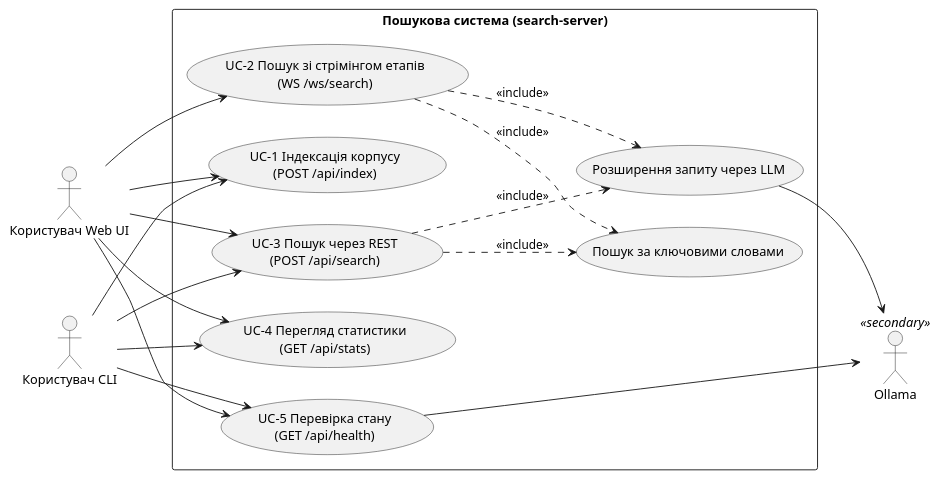
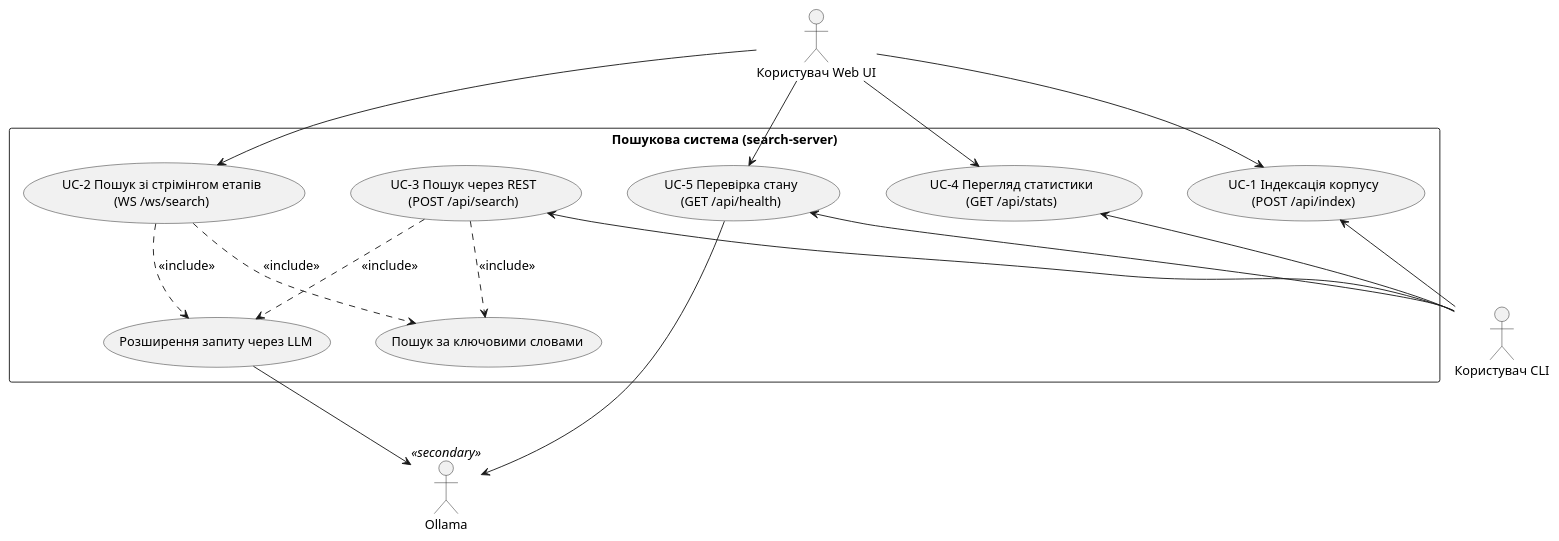
Before and after one commit to DariaMelnyk0206/course_work_parallel_computing: the diagram in docs/uml/use_case.puml, drawn with PlantUML. The commit also changed 18 other files, not shown here.

Commit message:
docs(uml): make all diagrams readable

```diff
--- a/docs/uml/use_case.puml
+++ b/docs/uml/use_case.puml
@@ -1,31 +1,33 @@
 @startuml use_case
-left to right direction
 skinparam packageStyle rectangle
+skinparam shadowing false
+skinparam defaultFontSize 14
+skinparam nodesep 50
+skinparam ranksep 70
 actor "Користувач Web UI" as WebUser
 actor "Користувач CLI" as CliUser
 actor "Ollama" as Ollama <<secondary>>
 rectangle "Пошукова система (search-server)" {
   usecase "UC-2 Пошук зі стрімінгом етапів\n(WS /ws/search)" as UC2
   usecase "UC-1 Індексація корпусу\n(POST /api/index)" as UC1
+  usecase "UC-4 Перегляд статистики\n(GET /api/stats)" as UC4
+  usecase "UC-5 Перевірка стану\n(GET /api/health)" as UC5
   usecase "UC-3 Пошук через REST\n(POST /api/search)" as UC3
-  usecase "UC-5 Перевірка стану\n(GET /api/health)" as UC5
-  usecase "UC-4 Перегляд статистики\n(GET /api/stats)" as UC4
   usecase "Розширення запиту через LLM" as UCExp
   usecase "Пошук за ключовими словами" as UCKw
 }
-WebUser --> UC1
-WebUser --> UC2
-WebUser --> UC3
-WebUser --> UC4
-WebUser --> UC5
-CliUser --> UC1
-CliUser --> UC3
-CliUser --> UC4
-CliUser --> UC5
+WebUser -down-> UC2
+WebUser -down-> UC1
+WebUser -down-> UC4
+WebUser -down-> UC5
+CliUser -up-> UC1
+CliUser -up-> UC4
+CliUser -up-> UC5
+CliUser -up-> UC3
 UC2 ..> UCExp : <<include>>
 UC2 ..> UCKw : <<include>>
 UC3 ..> UCExp : <<include>>
 UC3 ..> UCKw : <<include>>
 UCExp --> Ollama
 UC5 --> Ollama
 @enduml
```
